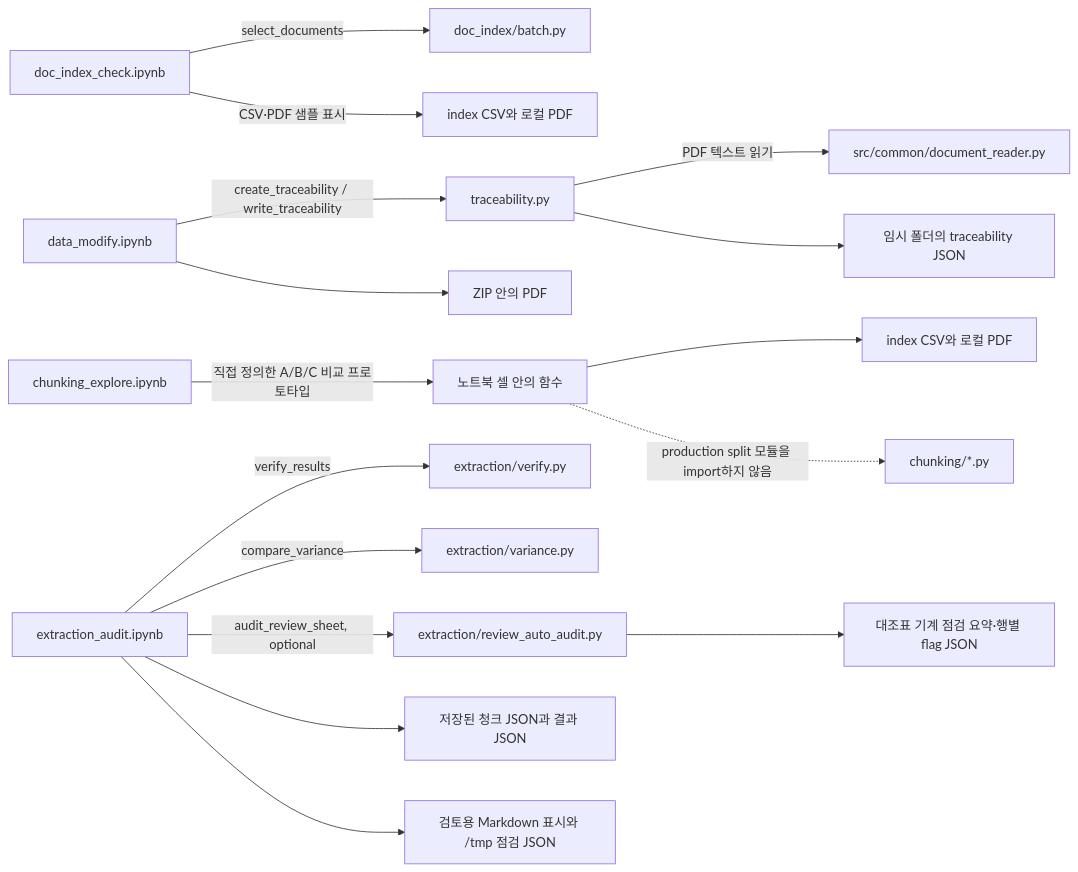
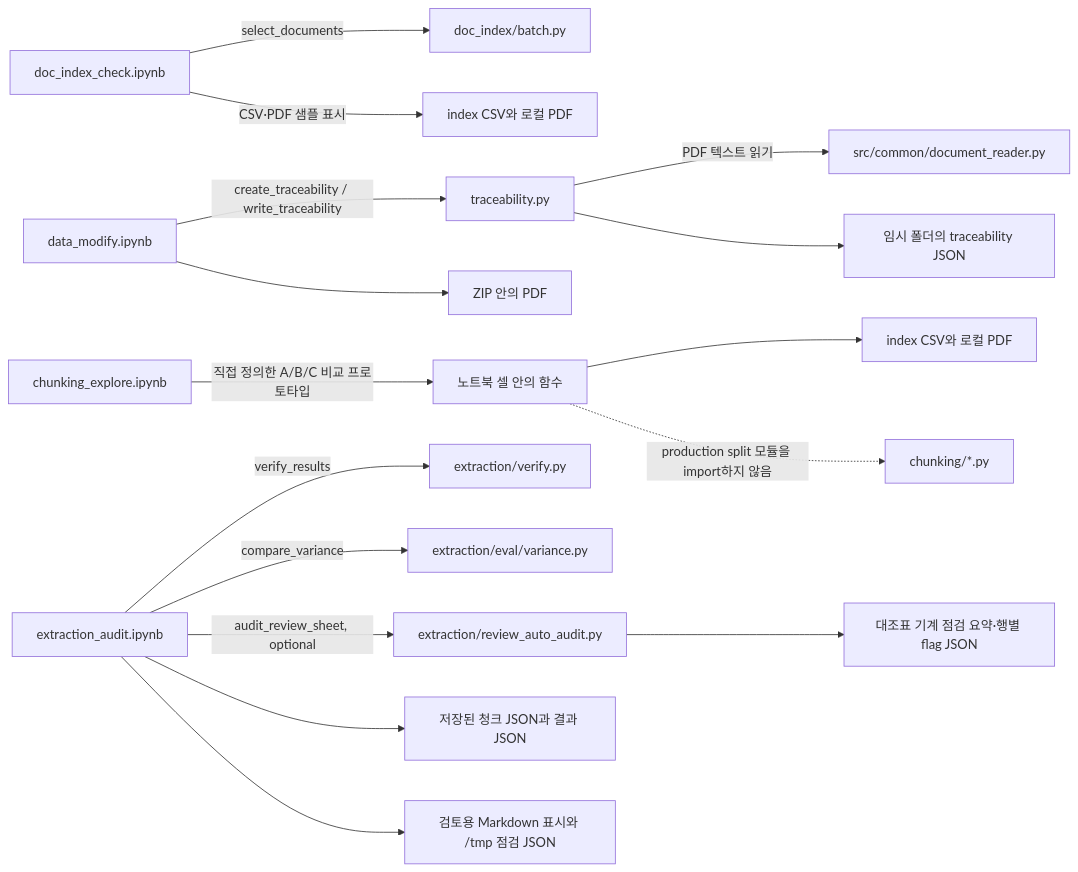
Before and after one commit to encore-ai-campus/mle-02-p2-team3: the diagram in src/card_benefit/payment_card/file_pipeline/notebooks/README.md, drawn with Mermaid. The commit also changed other lines of this file and 27 other files, not shown here.

````diff
--- a/src/card_benefit/payment_card/file_pipeline/notebooks/README.md
+++ b/src/card_benefit/payment_card/file_pipeline/notebooks/README.md
@@ -9,21 +9,21 @@
 ```mermaid
 flowchart LR
     IDX[doc_index_check.ipynb] -->|select_documents| BATCH[doc_index/batch.py]
     IDX -->|CSV·PDF 샘플 표시| INPUT1[index CSV와 로컬 PDF]
 
     TRACE[data_modify.ipynb] -->|create_traceability / write_traceability| TR[traceability.py]
     TR -->|PDF 텍스트 읽기| DR[src/common/document_reader.py]
     TRACE --> INPUT2[ZIP 안의 PDF]
     TR --> OUT1[임시 폴더의 traceability JSON]
 
     EXP[chunking_explore.ipynb] -->|직접 정의한 A/B/C 비교 프로토타입| PROTO[노트북 셀 안의 함수]
     PROTO --> INPUT3[index CSV와 로컬 PDF]
     PROTO -. production split 모듈을 import하지 않음 .-> SPLIT[chunking/*.py]
 
     AUDIT[extraction_audit.ipynb] -->|verify_results| VERIFY[extraction/verify.py]
-    AUDIT -->|compare_variance| VAR[extraction/variance.py]
+    AUDIT -->|compare_variance| VAR[extraction/eval/variance.py]
     AUDIT -->|audit_review_sheet, optional| REVIEW[extraction/review_auto_audit.py]
     AUDIT --> INPUT4[저장된 청크 JSON과 결과 JSON]
     AUDIT --> OUT2[검토용 Markdown 표시와 /tmp 점검 JSON]
     REVIEW --> OUT3[대조표 기계 점검 요약·행별 flag JSON]
 ```
````
